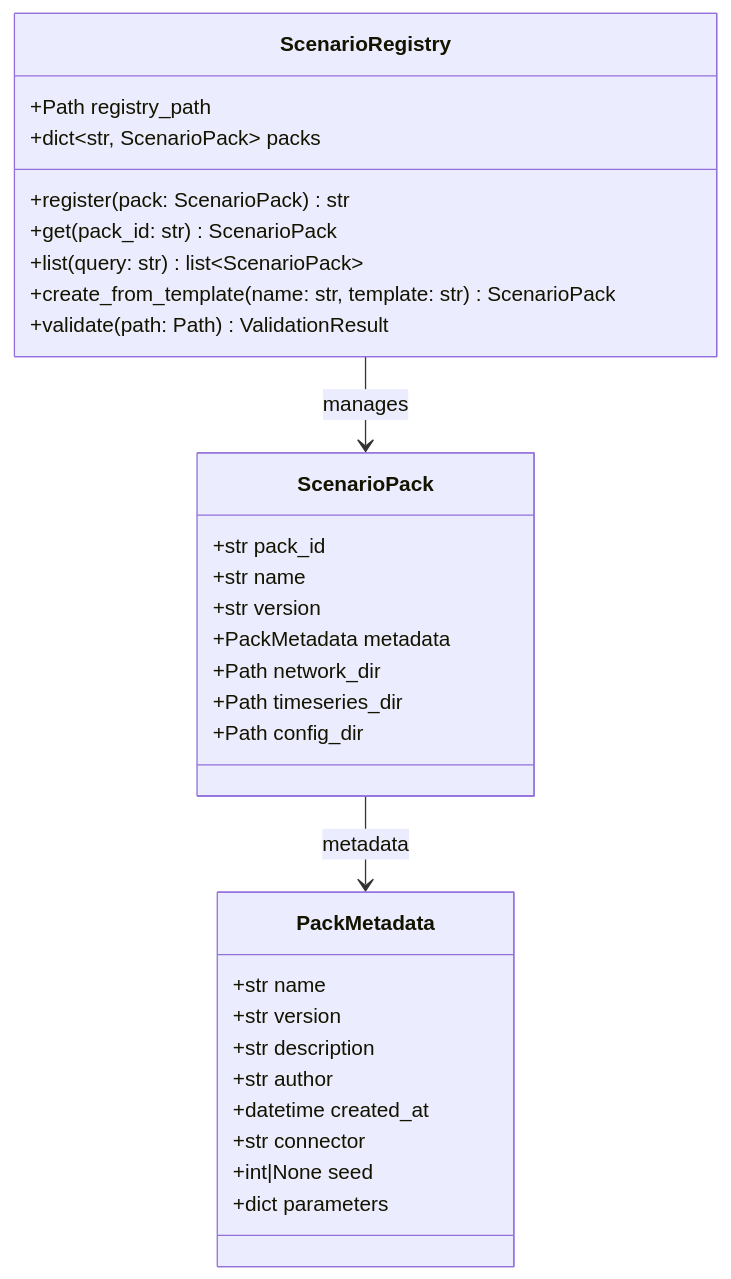
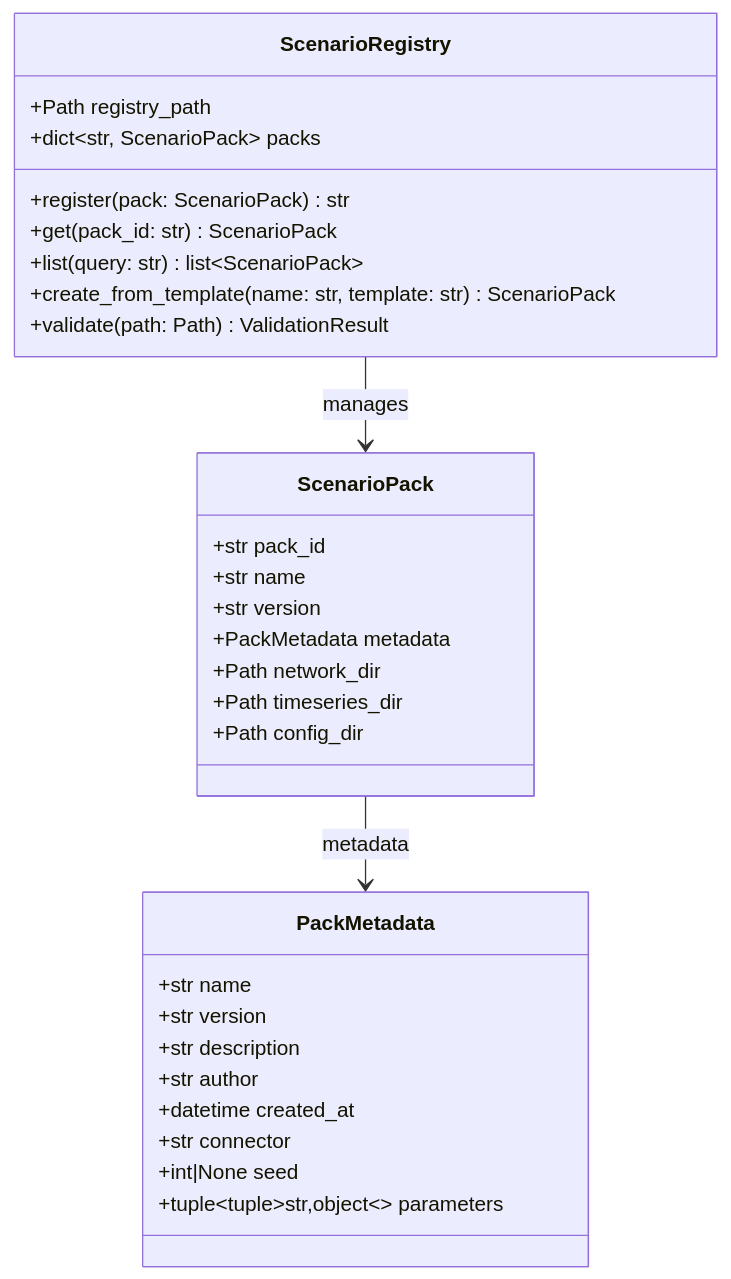
Before and after one commit to bottlenome/gridflow: the first of 2 diagrams in docs/detailed_design/03a_domain_classes.md, drawn with Mermaid. The commit also changed other lines of this file and 8 other files, not shown here.

````diff
--- a/docs/detailed_design/03a_domain_classes.md
+++ b/docs/detailed_design/03a_domain_classes.md
@@ -76,36 +79,36 @@
 ```mermaid
 classDiagram
     class ScenarioPack {
         +str pack_id
         +str name
         +str version
         +PackMetadata metadata
         +Path network_dir
         +Path timeseries_dir
         +Path config_dir
     }
 
     class PackMetadata {
         +str name
         +str version
         +str description
         +str author
         +datetime created_at
         +str connector
         +int|None seed
-        +dict parameters
+        +tuple~tuple~str,object~~ parameters
     }
 
     class ScenarioRegistry {
         +Path registry_path
         +dict~str, ScenarioPack~ packs
         +register(pack: ScenarioPack) str
         +get(pack_id: str) ScenarioPack
         +list(query: str) list~ScenarioPack~
         +create_from_template(name: str, template: str) ScenarioPack
         +validate(path: Path) ValidationResult
     }
 
     ScenarioPack --> PackMetadata : metadata
     ScenarioRegistry --> ScenarioPack : manages
 ```
````
